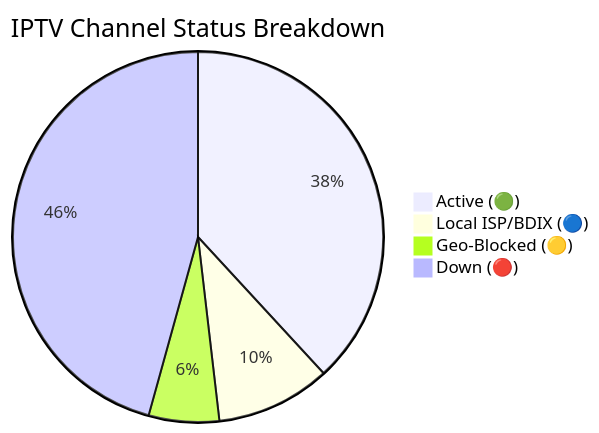
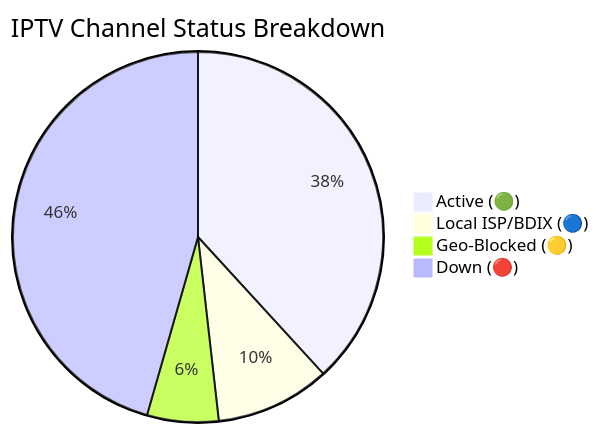
One commit to andreataylord/Ip-tv-Collection changed the diagram in README.md. Above: the diagram before and after it, drawn with Mermaid. The commit also changed other lines of this file and 1 other file, not shown here.

Commit message:
docs(readme): auto-update daily channel status chart

````diff
--- a/README.md
+++ b/README.md
@@ -59,7 +59,7 @@
 ```mermaid
 pie title IPTV Channel Status Breakdown
-    "Active (🟢)" : 3004
+    "Active (🟢)" : 3008
     "Local ISP/BDIX (🔵)" : 788
-    "Geo-Blocked (🟡)" : 484
-    "Down (🔴)" : 3599
+    "Geo-Blocked (🟡)" : 491
+    "Down (🔴)" : 3588
 ```
````
